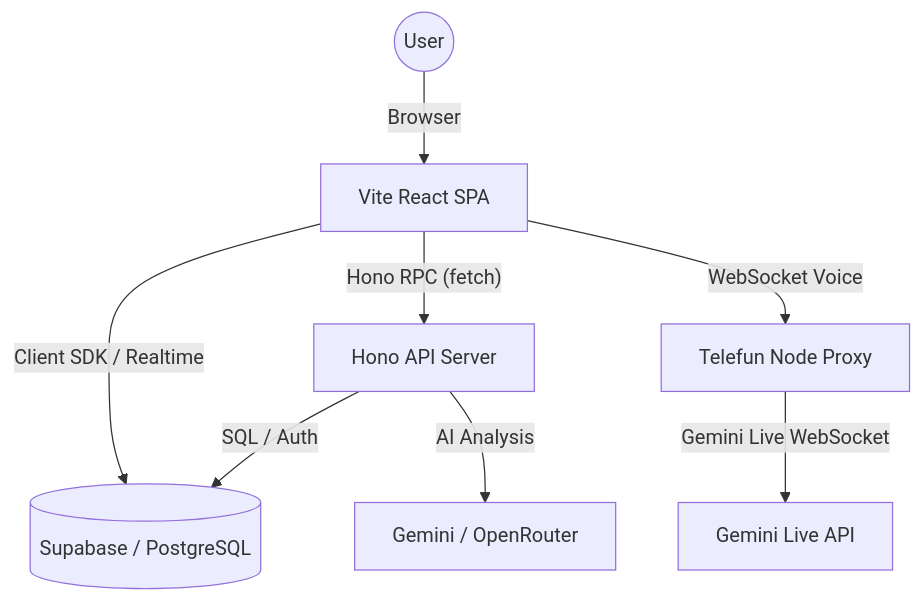
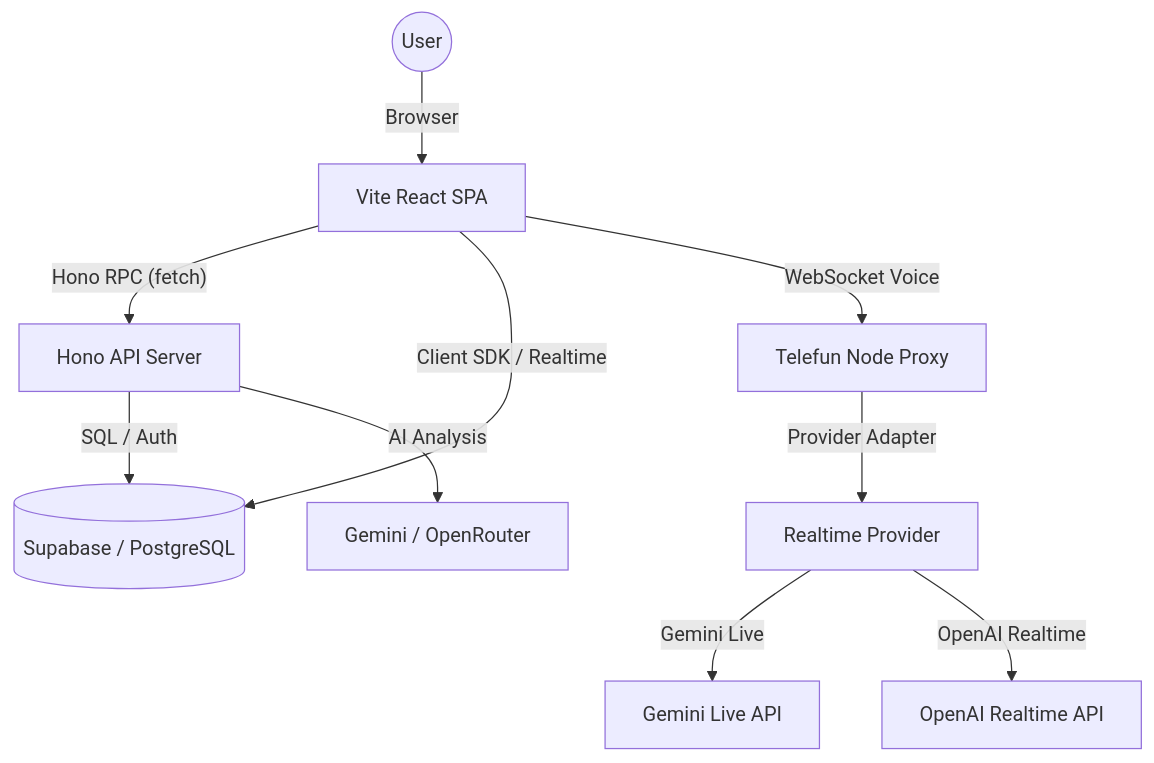
Before and after one commit to trainerkontakojk-gif/trainerssuperappvite: the diagram in docs/architecture.md, drawn with Mermaid. The commit also changed other lines of this file and 98 other files, not shown here.

First line of the commit message:
feat: implement Telefun OpenAI readiness service and dual-provider architecture

````diff
--- a/docs/architecture.md
+++ b/docs/architecture.md
@@ -23,10 +23,12 @@
 ```mermaid
 graph TD
     User((User)) -->|Browser| ViteApp[Vite React SPA]
     ViteApp -->|"Hono RPC (fetch)"| HonoAPI[Hono API Server]
     HonoAPI -->|SQL / Auth| Supabase[(Supabase / PostgreSQL)]
     ViteApp -->|Client SDK / Realtime| Supabase
     ViteApp -->|WebSocket Voice| TelefunProxy[Telefun Node Proxy]
-    TelefunProxy -->|Gemini Live WebSocket| GeminiLive[Gemini Live API]
+    TelefunProxy -->|Provider Adapter| RealtimeProvider[Realtime Provider]
+    RealtimeProvider -->|Gemini Live| GeminiLive[Gemini Live API]
+    RealtimeProvider -->|OpenAI Realtime| OpenAIRealtime[OpenAI Realtime API]
     HonoAPI -->|AI Analysis| AIProviders[Gemini / OpenRouter]
 ```
````
